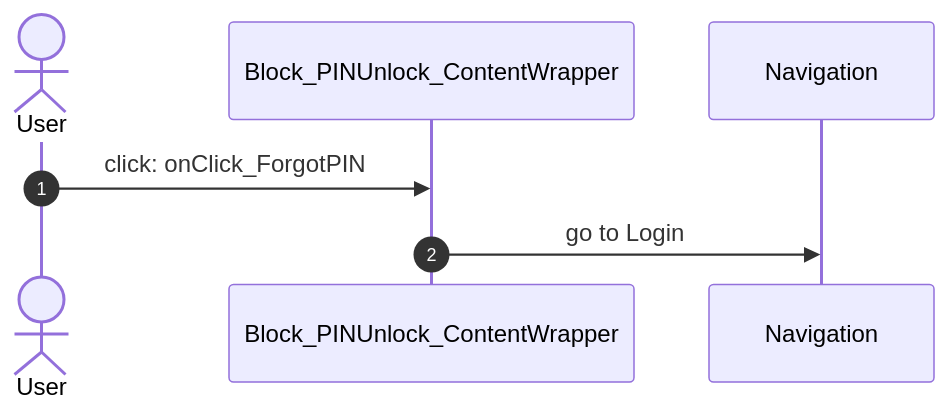
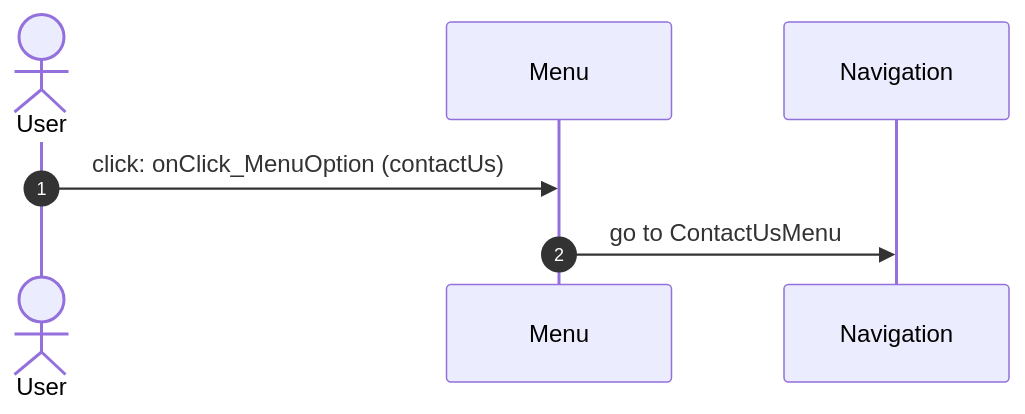
Before and after one commit to Phoenix-DX/connect-new-ui: the fourth of 9 diagrams in migration/route-actions/Menu.md, drawn with Mermaid. The commit also changed other lines of this file and 51 other files, not shown here.

Commit message:
route actions: route files keep only the route; APP_SHELL.md merges the app shell (layout, app start, bottom bar, PIN lock, shared dialogs) from the checked routes; one user action diagram per branch

````diff
--- a/migration/route-actions/Menu.md
+++ b/migration/route-actions/Menu.md
@@ -232,9 +175,9 @@
 ```mermaid
 sequenceDiagram
   autonumber
   actor U as User
-  participant B as Block_PINUnlock_ContentWrapper
+  participant B as Menu
   participant N as Navigation
-  U->>B: click: onClick_ForgotPIN
-  B->>N: go to Login
+  U->>B: click: onClick_MenuOption (contactUs)
+  B->>N: go to ContactUsMenu
 ```
````
